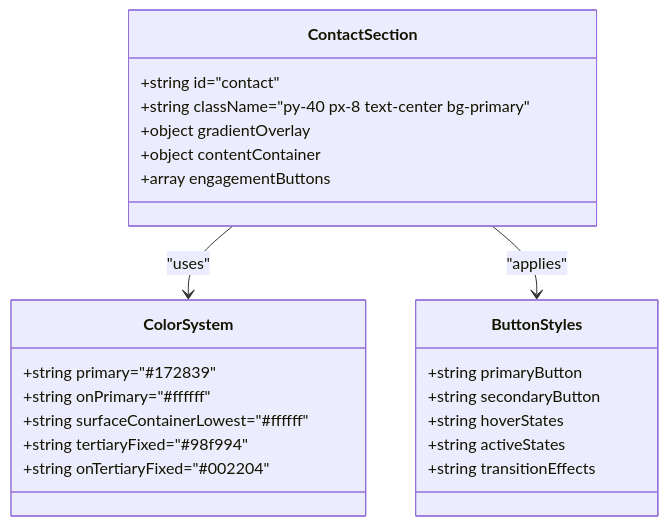
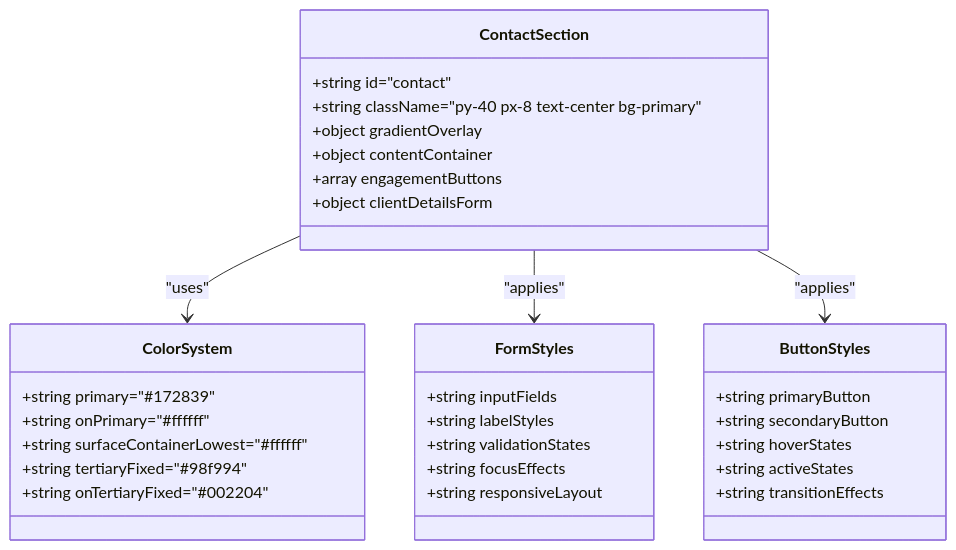
One commit to subash7781/Portfolio changed the third of 5 diagrams in .qoder/repowiki/en/content/Component Library & UI Elements/ContactSection Component.md. Above: the diagram before and after it, drawn with Mermaid. The commit also changed other lines of this file and 5 other files, not shown here.

````diff
--- a/.qoder/repowiki/en/content/Component Library & UI Elements/ContactSection Component.md
+++ b/.qoder/repowiki/en/content/Component Library & UI Elements/ContactSection Component.md
@@ -159,26 +174,35 @@
 ```mermaid
 classDiagram
 class ContactSection {
 +string id="contact"
 +string className="py-40 px-8 text-center bg-primary"
 +object gradientOverlay
 +object contentContainer
 +array engagementButtons
++object clientDetailsForm
 }
 class ColorSystem {
 +string primary="#172839"
 +string onPrimary="#ffffff"
 +string surfaceContainerLowest="#ffffff"
 +string tertiaryFixed="#98f994"
 +string onTertiaryFixed="#002204"
+}
+class FormStyles {
++string inputFields
++string labelStyles
++string validationStates
++string focusEffects
++string responsiveLayout
 }
 class ButtonStyles {
 +string primaryButton
 +string secondaryButton
 +string hoverStates
 +string activeStates
 +string transitionEffects
 }
 ContactSection --> ColorSystem : "uses"
+ContactSection --> FormStyles : "applies"
 ContactSection --> ButtonStyles : "applies"
 ```
````
